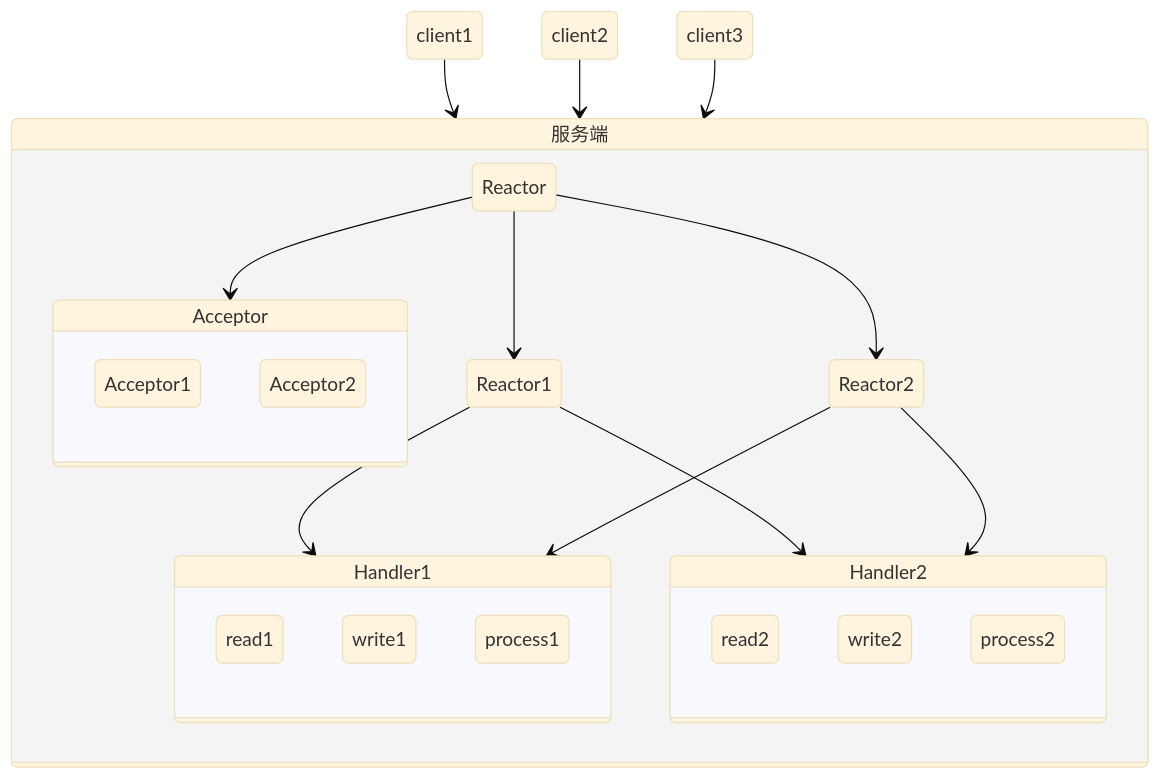
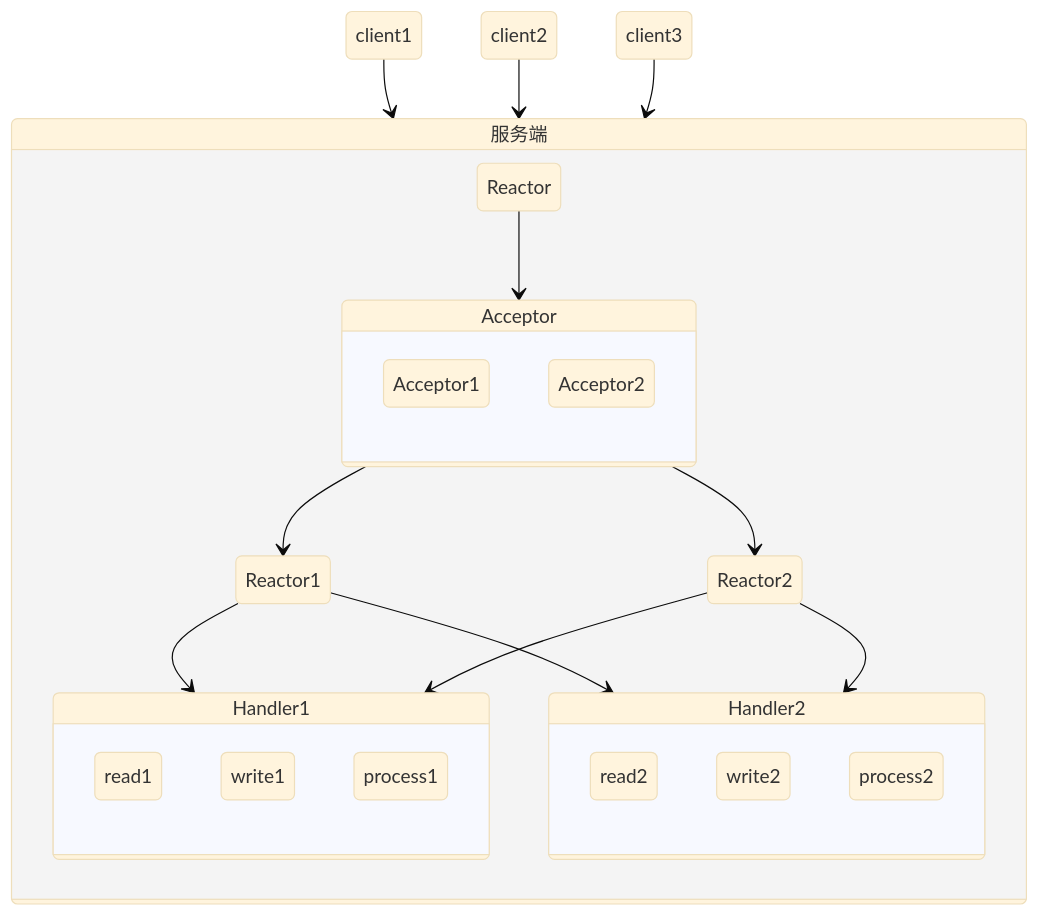
One commit to 0xcaffebabe/note changed the fourth of 4 diagrams in doc/编程语言/并发模型.md. Above: the diagram before and after it, drawn with Mermaid (base theme). The commit also changed 1 other file, not shown here.

Commit message:
✏netty

````diff
--- a/doc/编程语言/并发模型.md
+++ b/doc/编程语言/并发模型.md
@@ -273,29 +273,29 @@
 ```mermaid
 stateDiagram-v2
   client1 --> 服务端
   client2 --> 服务端
   client3 --> 服务端
   state 服务端 {
     state Acceptor {
       Acceptor1
       Acceptor2
     }
     Reactor --> Acceptor
-    Reactor --> Reactor1
-    Reactor --> Reactor2
+    Acceptor --> Reactor1
+    Acceptor --> Reactor2
     Reactor1 --> Handler1
     Reactor1 --> Handler2
     Reactor2 --> Handler1
     Reactor2 --> Handler2
     state Handler1 {
       read1
       write1
       process1
     }
     state Handler2 {
       read2
       write2
       process2
     }
   }
 ```
````
